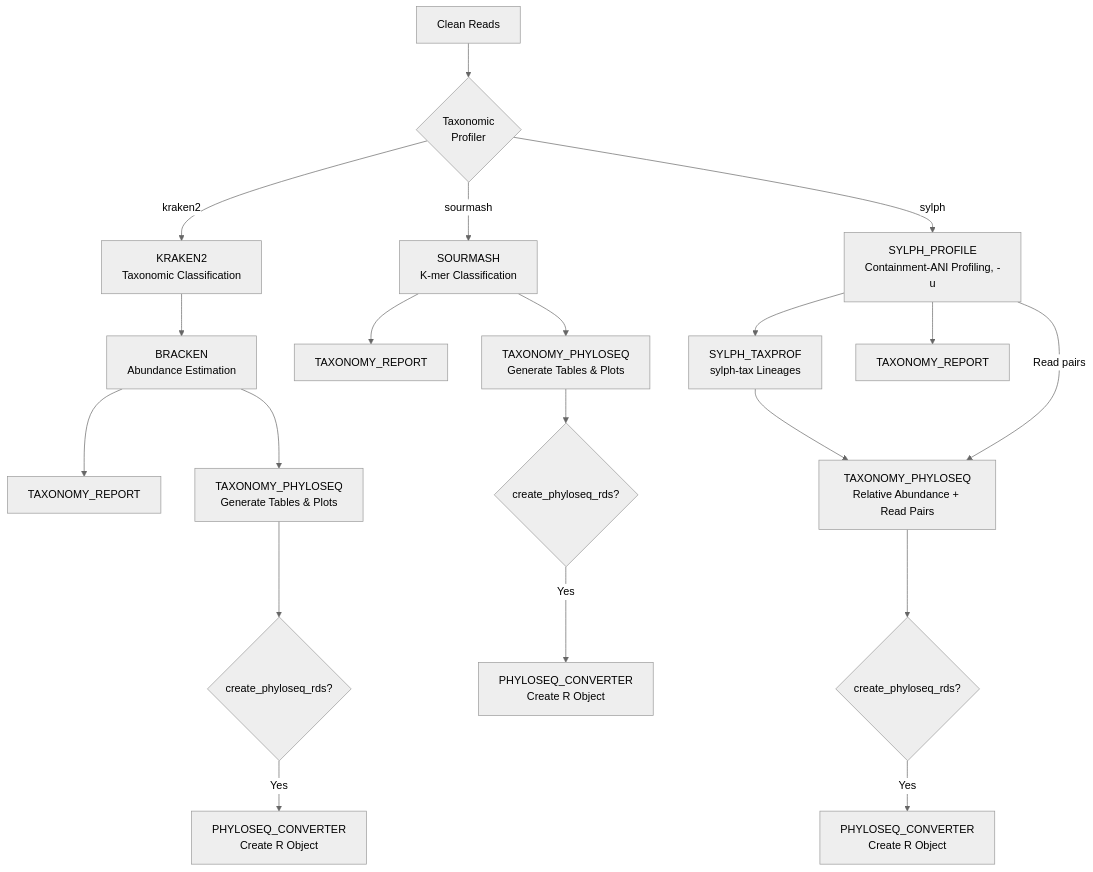
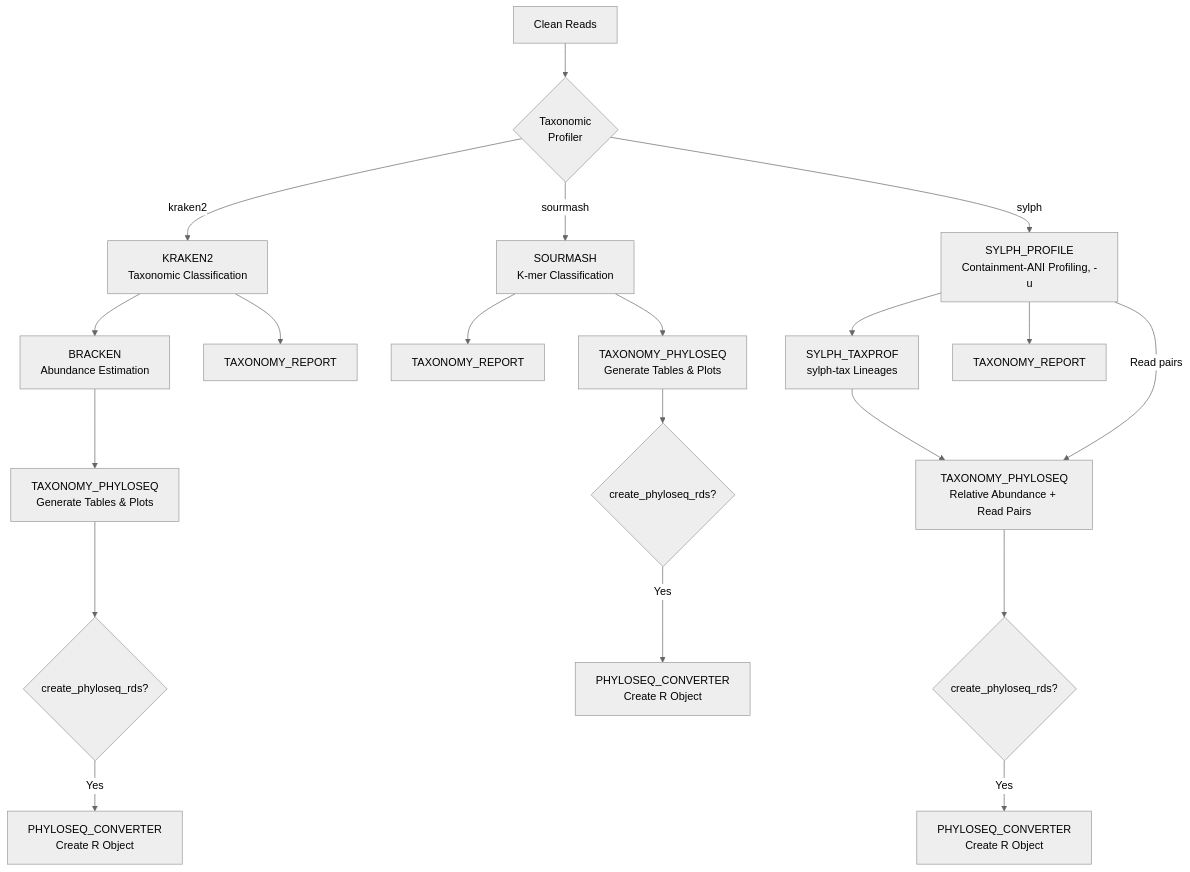
The fifth of 8 diagrams in docs/WORKFLOW_DIAGRAM.md (gene2dis/BugBuster), drawn with Mermaid (neutral theme) before and after one commit. The commit also changed other lines of this file and 14 other files, not shown here.

````diff
--- a/docs/WORKFLOW_DIAGRAM.md
+++ b/docs/WORKFLOW_DIAGRAM.md
@@ -179,25 +181,25 @@
 ```mermaid
 flowchart TD
     Reads[Clean Reads] --> Profiler{Taxonomic<br/>Profiler}
     
     Profiler -->|kraken2| Kraken2[KRAKEN2<br/>Taxonomic Classification]
     Kraken2 --> Bracken[BRACKEN<br/>Abundance Estimation]
-    Bracken --> TaxReport1[TAXONOMY_REPORT]
+    Kraken2 --> TaxReport1[TAXONOMY_REPORT]
     Bracken --> TaxPhylo1[TAXONOMY_PHYLOSEQ<br/>Generate Tables & Plots]
     TaxPhylo1 --> PhyloOpt1{create_phyloseq_rds?}
     PhyloOpt1 -->|Yes| PhyloConv1[PHYLOSEQ_CONVERTER<br/>Create R Object]
     
     Profiler -->|sourmash| Sourmash[SOURMASH<br/>K-mer Classification]
     Sourmash --> TaxReport2[TAXONOMY_REPORT]
     Sourmash --> TaxPhylo2[TAXONOMY_PHYLOSEQ<br/>Generate Tables & Plots]
     TaxPhylo2 --> PhyloOpt2{create_phyloseq_rds?}
     PhyloOpt2 -->|Yes| PhyloConv2[PHYLOSEQ_CONVERTER<br/>Create R Object]
 
     Profiler -->|sylph| SylphProf[SYLPH_PROFILE<br/>Containment-ANI Profiling, -u]
     SylphProf --> SylphTaxprof[SYLPH_TAXPROF<br/>sylph-tax Lineages]
     SylphProf --> TaxReport3[TAXONOMY_REPORT]
     SylphTaxprof --> TaxPhylo3[TAXONOMY_PHYLOSEQ<br/>Relative Abundance + Read Pairs]
     SylphProf -->|Read pairs| TaxPhylo3
     TaxPhylo3 --> PhyloOpt3{create_phyloseq_rds?}
     PhyloOpt3 -->|Yes| PhyloConv3[PHYLOSEQ_CONVERTER<br/>Create R Object]
 ```
````
